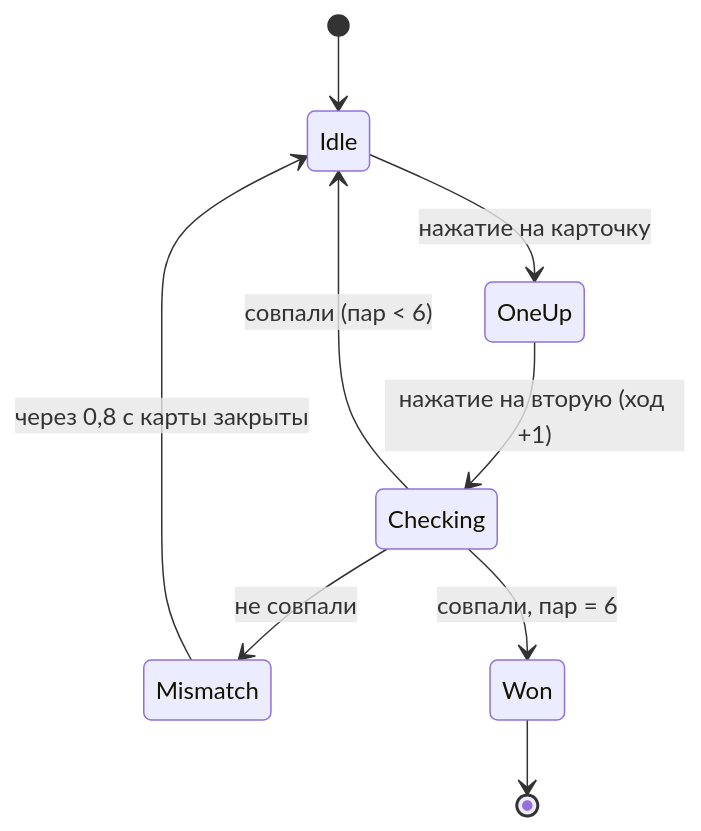
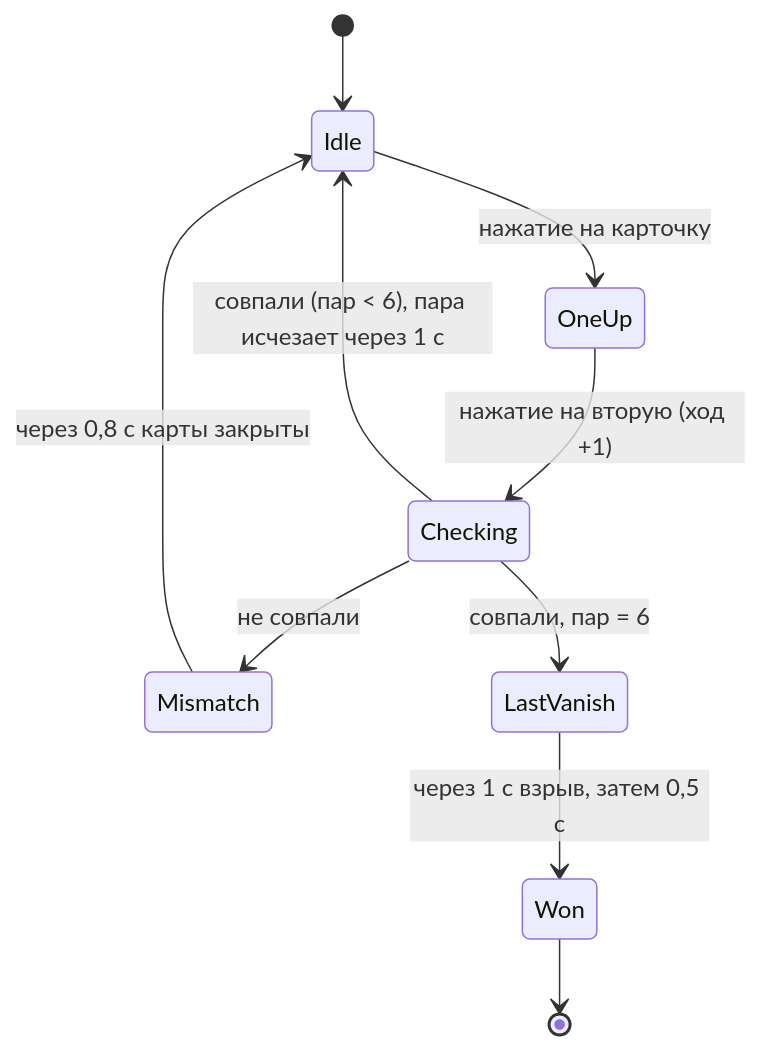
One commit to Zaidejas/GC26 changed the second of 2 diagrams in docs/TDD_findepair.md. Above: the diagram before and after it, drawn with Mermaid. The commit also changed other lines of this file and 1 other file, not shown here.

First line of the commit message:
Docs: matched pairs vanish after 1 s with pink sparkle burst

````diff
--- a/docs/TDD_findepair.md
+++ b/docs/TDD_findepair.md
@@ -167,11 +170,12 @@
 ```mermaid
 stateDiagram-v2
     [*] --> Idle
     Idle --> OneUp: нажатие на карточку
     OneUp --> Checking: нажатие на вторую (ход +1)
-    Checking --> Idle: совпали (пар < 6)
+    Checking --> Idle: совпали (пар < 6), пара исчезает через 1 с
     Checking --> Mismatch: не совпали
     Mismatch --> Idle: через 0,8 с карты закрыты
-    Checking --> Won: совпали, пар = 6
+    Checking --> LastVanish: совпали, пар = 6
+    LastVanish --> Won: через 1 с взрыв, затем 0,5 с
     Won --> [*]
 ```
````
